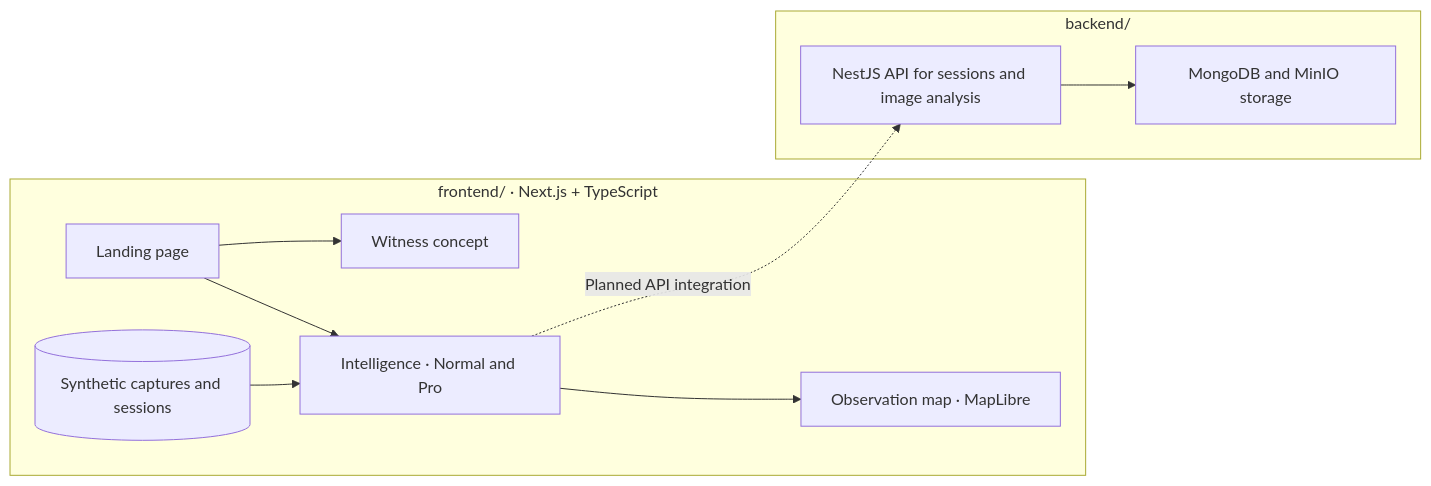
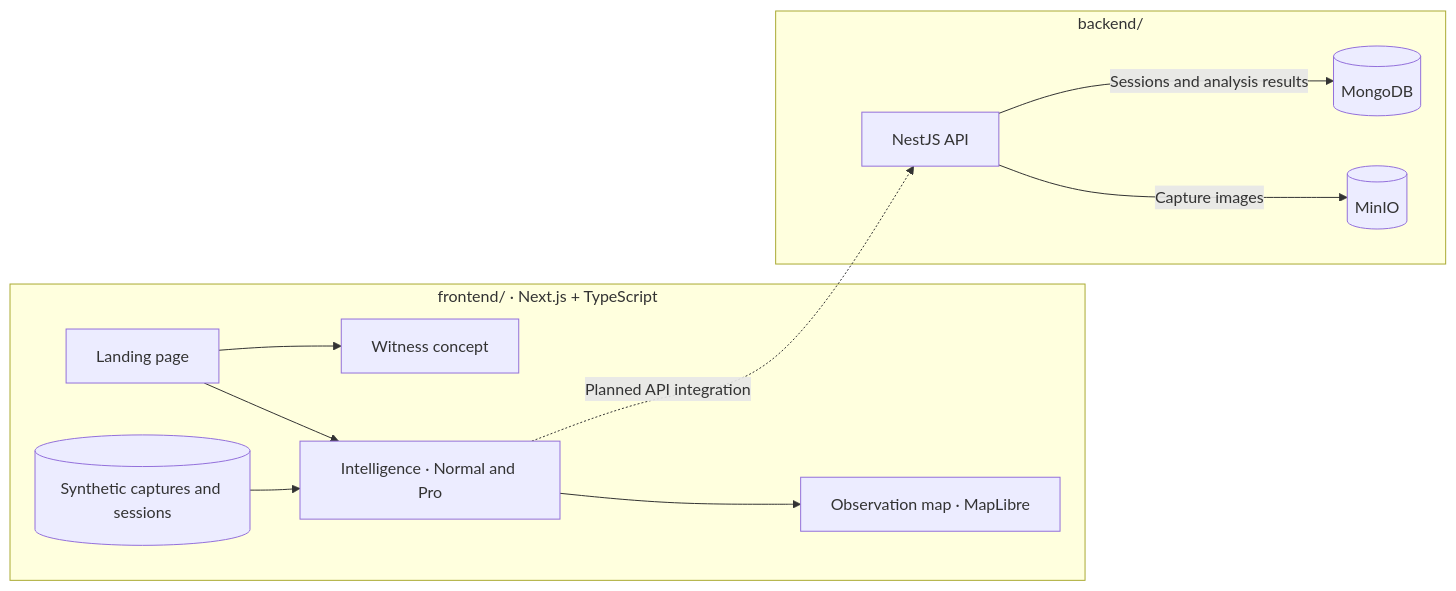
One commit to miroslavmatthew/BARA changed the diagram in README.md. Above: the diagram before and after it, drawn with Mermaid. The commit also changed other lines of this file, not shown here.

````diff
--- a/README.md
+++ b/README.md
@@ -44,14 +44,15 @@
 ```mermaid
 flowchart LR
     subgraph FE["frontend/ · Next.js + TypeScript"]
         L["Landing page"] --> W["Witness concept"]
         L --> I["Intelligence · Normal and Pro"]
         D[("Synthetic captures and sessions")] --> I
         I --> M["Observation map · MapLibre"]
     end
     subgraph BE["backend/"]
-        B["NestJS API for sessions and image analysis"]
-        B --> S["MongoDB and MinIO storage"]
+        B["NestJS API"]
+        B -->|Sessions and analysis results| DB[("MongoDB")]
+        B -->|Capture images| S[("MinIO")]
     end
     I -.->|Planned API integration| B
 ```
````
